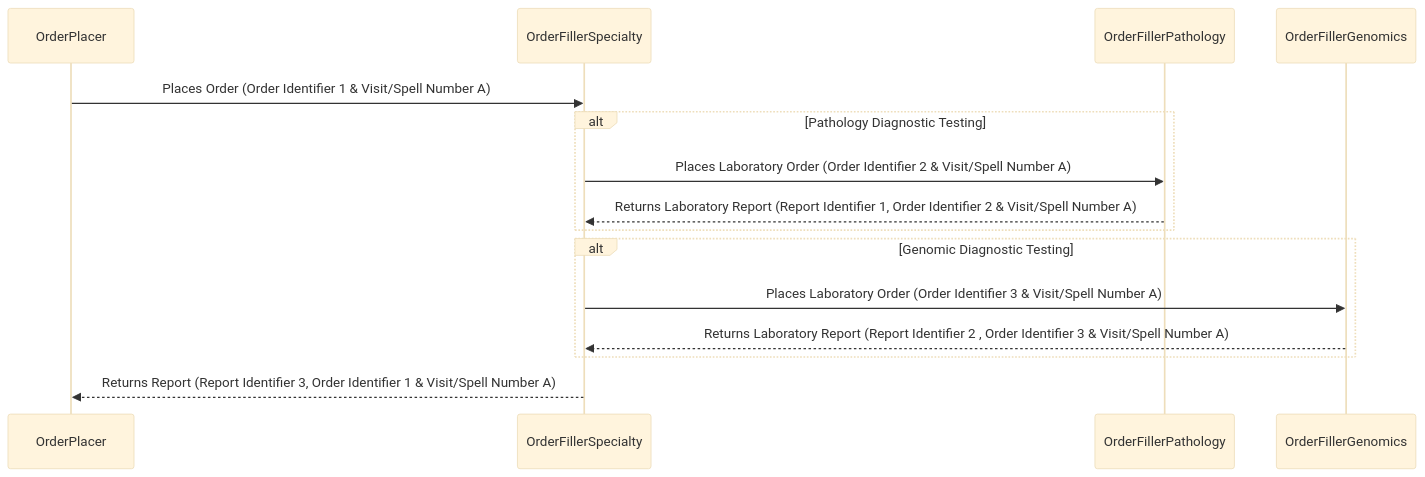
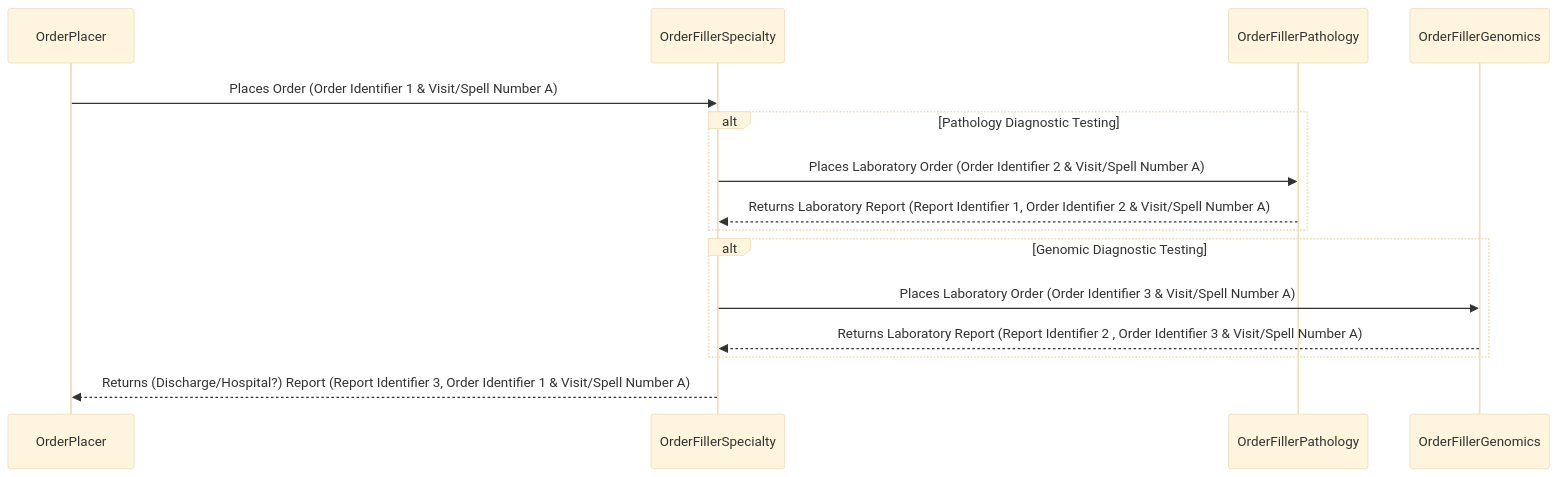
The second of 4 diagrams in input/pagecontent/ILW.md (uk-gov-mirror/nw-gmsa.nw-gmsa.github.com), drawn with Mermaid (base theme) before and after one commit.

Commit message:
Search example issues

````diff
--- a/input/pagecontent/ILW.md
+++ b/input/pagecontent/ILW.md
@@ -64,20 +64,20 @@
 ```mermaid
 sequenceDiagram
     participant OrderPlacer
     participant OrderFillerSpecialty 
     participant OrderFillerPathology
     participant OrderFillerGenomics
   
 
     OrderPlacer ->> OrderFillerSpecialty: Places Order (Order Identifier 1 & Visit/Spell Number A)
     alt Pathology Diagnostic Testing
         OrderFillerSpecialty ->> OrderFillerPathology: Places Laboratory Order (Order Identifier 2 & Visit/Spell Number A)
         OrderFillerPathology -->> OrderFillerSpecialty: Returns Laboratory Report (Report Identifier 1, Order Identifier 2 & Visit/Spell Number A)
     end
     alt Genomic Diagnostic Testing
         OrderFillerSpecialty ->> OrderFillerGenomics: Places Laboratory Order (Order Identifier 3 & Visit/Spell Number A)
         OrderFillerGenomics -->> OrderFillerSpecialty: Returns Laboratory Report (Report Identifier 2 , Order Identifier 3 & Visit/Spell Number A)
     end
 
-    OrderFillerSpecialty -->> OrderPlacer: Returns Report (Report Identifier 3, Order Identifier 1 & Visit/Spell Number A)
+    OrderFillerSpecialty -->> OrderPlacer: Returns (Discharge/Hospital?) Report (Report Identifier 3, Order Identifier 1 & Visit/Spell Number A)
 ```
````
